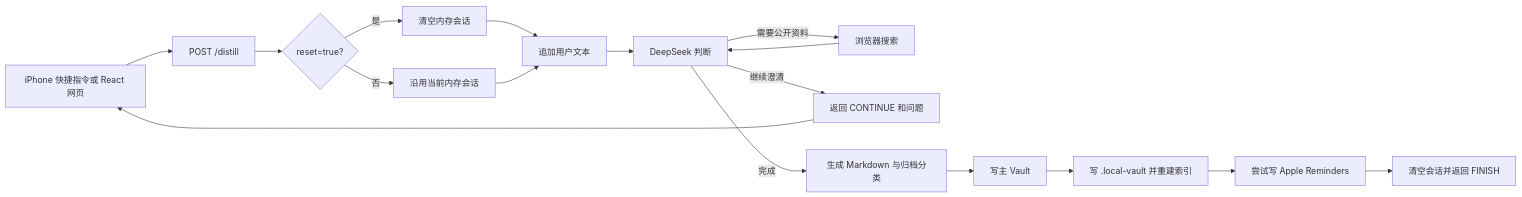
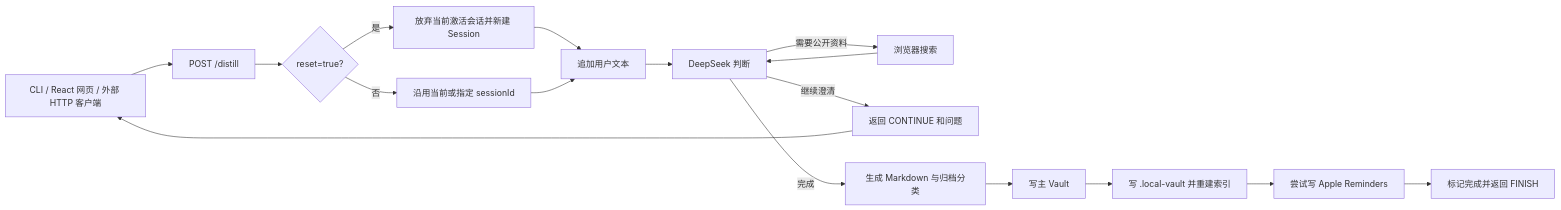
Before and after one commit to sadofriod/adhd-healing: the diagram in docs/PRD-MVP.md, drawn with Mermaid. The commit also changed other lines of this file and 53 other files, not shown here.

````diff
--- a/docs/PRD-MVP.md
+++ b/docs/PRD-MVP.md
@@ -60,19 +60,19 @@
 ```mermaid
 flowchart LR
-    A[iPhone 快捷指令或 React 网页] --> B[POST /distill]
+  A[CLI / React 网页 / 外部 HTTP 客户端] --> B[POST /distill]
     B --> C{reset=true?}
-    C -->|是| D[清空内存会话]
-    C -->|否| E[沿用当前内存会话]
+  C -->|是| D[放弃当前激活会话并新建 Session]
+  C -->|否| E[沿用当前或指定 sessionId]
     D --> F[追加用户文本]
     E --> F
     F --> G[DeepSeek 判断]
     G -->|需要公开资料| H[浏览器搜索]
     H --> G
-    G -->|继续澄清| I[返回 CONTINUE 和问题]
+  G -->|继续澄清| I[返回 CONTINUE 和问题]
     I --> A
     G -->|完成| J[生成 Markdown 与归档分类]
     J --> K[写主 Vault]
     K --> L[写 .local-vault 并重建索引]
     L --> M[尝试写 Apple Reminders]
-    M --> N[清空会话并返回 FINISH]
+  M --> N[标记完成并返回 FINISH]
 ```
````
